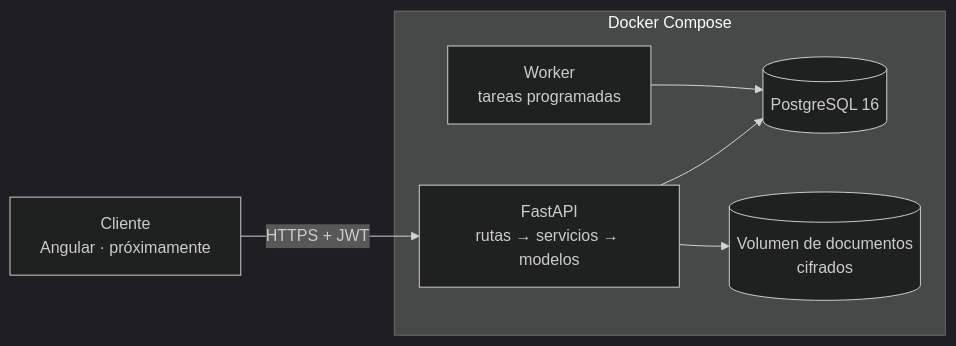
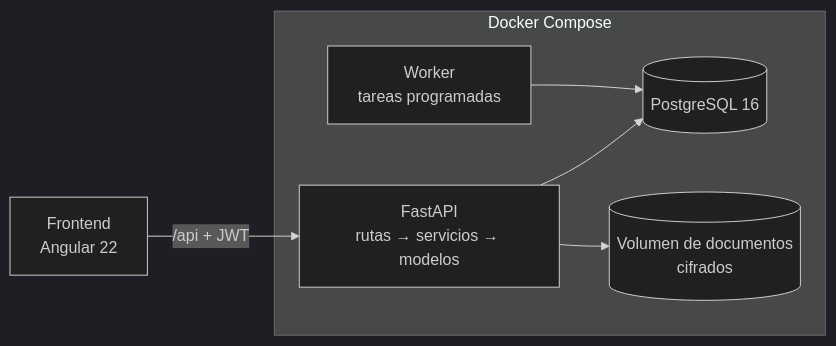
One commit to JPosada24/dragones_dashboard changed the diagram in README.md. Above: the diagram before and after it, drawn with Mermaid (dark theme). The commit also changed other lines of this file and 48 other files, not shown here.

First line of the commit message:
Frontend F1: Angular 22 con ingreso, marco del prototipo y bandeja de avisos

````diff
--- a/README.md
+++ b/README.md
@@ -34,9 +34,9 @@
 ```mermaid
 flowchart LR
-    C[Cliente<br/>Angular · próximamente] -->|HTTPS + JWT| API
+    C[Frontend<br/>Angular 22] -->|/api + JWT| API
     subgraph Docker Compose
       API[FastAPI<br/>rutas → servicios → modelos] --> DB[(PostgreSQL 16)]
       API --> V[(Volumen de documentos<br/>cifrados)]
       W[Worker<br/>tareas programadas] --> DB
     end
 ```
````
